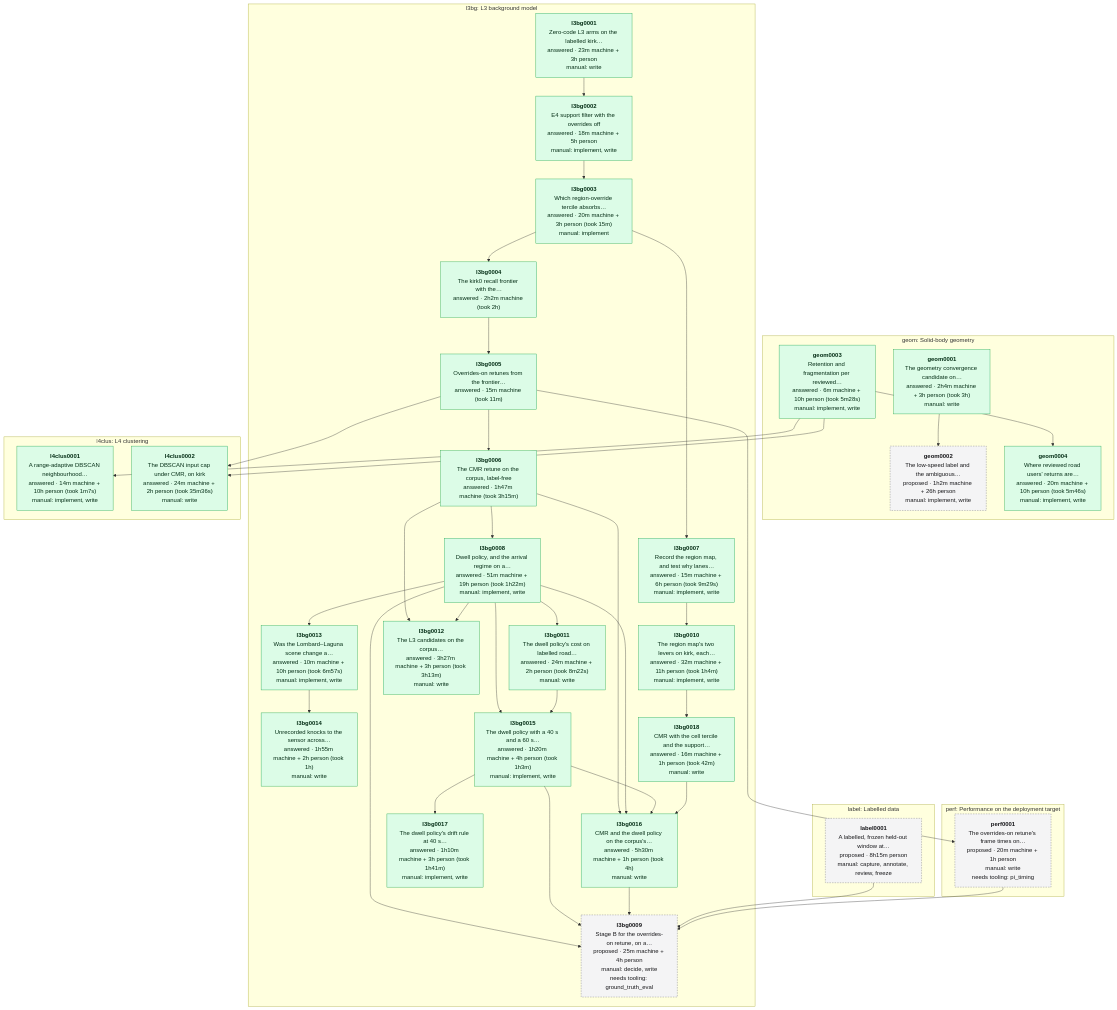
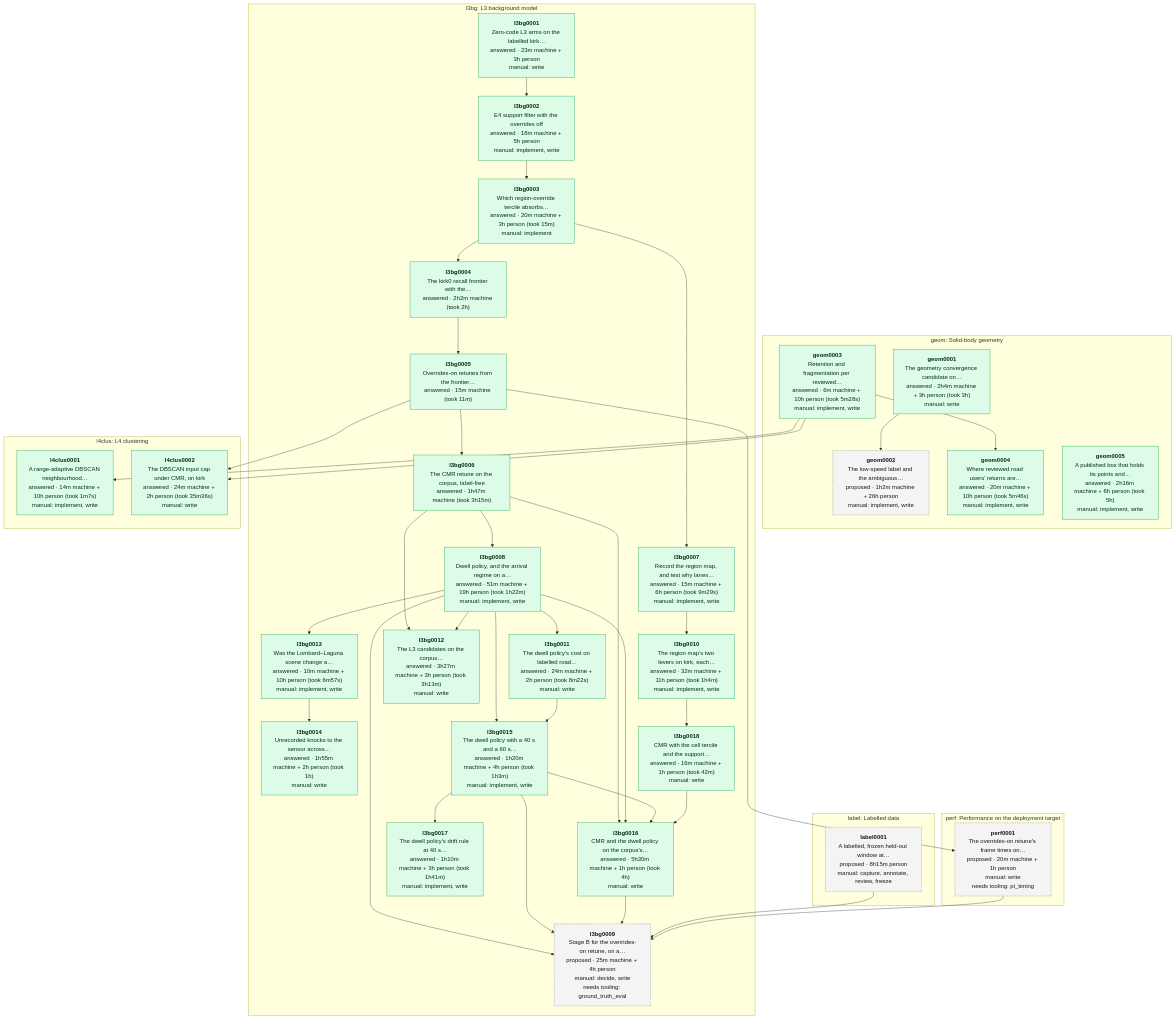
Before and after one commit to banshee-data/velocity.report: the diagram in data/experiments/DEPENDENCIES.md, drawn with Mermaid. The commit also changed other lines of this file and 41 other files, not shown here.

First line of the commit message:
[ai][go][js][swift][lidar][docs] Published box that holds its returns and turns like a vehicle (box_model, geom0005) (#764)

````diff
--- a/data/experiments/DEPENDENCIES.md
+++ b/data/experiments/DEPENDENCIES.md
@@ -7,75 +7,76 @@
 ```mermaid
 flowchart TB
   classDef proposed fill:#f4f4f5,stroke:#71717a,stroke-dasharray:4 3,color:#18181b
   classDef approved fill:#dbeafe,stroke:#2563eb,color:#172554
   classDef answered fill:#dcfce7,stroke:#16a34a,color:#052e16
   classDef retired fill:#fafafa,stroke:#d4d4d8,color:#71717a
   subgraph area_geom ["geom: Solid-body geometry"]
     geom0001["<b>geom0001</b><br/>The geometry convergence candidate on…<br/>answered · 2h4m machine + 3h person (took 3h)<br/>manual: write"]:::answered
     geom0002["<b>geom0002</b><br/>The low-speed label and the ambiguous…<br/>proposed · 1h2m machine + 26h person<br/>manual: implement, write"]:::proposed
     geom0003["<b>geom0003</b><br/>Retention and fragmentation per reviewed…<br/>answered · 6m machine + 10h person (took 5m28s)<br/>manual: implement, write"]:::answered
     geom0004["<b>geom0004</b><br/>Where reviewed road users' returns are…<br/>answered · 20m machine + 10h person (took 5m46s)<br/>manual: implement, write"]:::answered
+    geom0005["<b>geom0005</b><br/>A published box that holds its points and…<br/>answered · 2h16m machine + 6h person (took 5h)<br/>manual: implement, write"]:::answered
   end
   subgraph area_l3bg ["l3bg: L3 background model"]
     l3bg0001["<b>l3bg0001</b><br/>Zero-code L3 arms on the labelled kirk…<br/>answered · 23m machine + 3h person<br/>manual: write"]:::answered
     l3bg0002["<b>l3bg0002</b><br/>E4 support filter with the overrides off<br/>answered · 18m machine + 5h person<br/>manual: implement, write"]:::answered
     l3bg0003["<b>l3bg0003</b><br/>Which region-override tercile absorbs…<br/>answered · 20m machine + 3h person (took 15m)<br/>manual: implement"]:::answered
     l3bg0004["<b>l3bg0004</b><br/>The kirk0 recall frontier with the…<br/>answered · 2h2m machine (took 2h)"]:::answered
     l3bg0005["<b>l3bg0005</b><br/>Overrides-on retunes from the frontier…<br/>answered · 15m machine (took 11m)"]:::answered
     l3bg0006["<b>l3bg0006</b><br/>The CMR retune on the corpus, label-free<br/>answered · 1h47m machine (took 3h15m)"]:::answered
     l3bg0007["<b>l3bg0007</b><br/>Record the region map, and test why lanes…<br/>answered · 15m machine + 6h person (took 9m29s)<br/>manual: implement, write"]:::answered
     l3bg0008["<b>l3bg0008</b><br/>Dwell policy, and the arrival regime on a…<br/>answered · 51m machine + 19h person (took 1h22m)<br/>manual: implement, write"]:::answered
     l3bg0009["<b>l3bg0009</b><br/>Stage B for the overrides-on retune, on a…<br/>proposed · 25m machine + 4h person<br/>manual: decide, write<br/>needs tooling: ground_truth_eval"]:::proposed
     l3bg0010["<b>l3bg0010</b><br/>The region map's two levers on kirk, each…<br/>answered · 32m machine + 11h person (took 1h4m)<br/>manual: implement, write"]:::answered
     l3bg0011["<b>l3bg0011</b><br/>The dwell policy's cost on labelled road…<br/>answered · 24m machine + 2h person (took 8m22s)<br/>manual: write"]:::answered
     l3bg0012["<b>l3bg0012</b><br/>The L3 candidates on the corpus…<br/>answered · 3h27m machine + 3h person (took 3h13m)<br/>manual: write"]:::answered
     l3bg0013["<b>l3bg0013</b><br/>Was the Lombard–Laguna scene change a…<br/>answered · 10m machine + 10h person (took 6m57s)<br/>manual: implement, write"]:::answered
     l3bg0014["<b>l3bg0014</b><br/>Unrecorded knocks to the sensor across…<br/>answered · 1h55m machine + 2h person (took 1h)<br/>manual: write"]:::answered
     l3bg0015["<b>l3bg0015</b><br/>The dwell policy with a 40 s and a 60 s…<br/>answered · 1h20m machine + 4h person (took 1h3m)<br/>manual: implement, write"]:::answered
     l3bg0016["<b>l3bg0016</b><br/>CMR and the dwell policy on the corpus's…<br/>answered · 5h30m machine + 1h person (took 4h)<br/>manual: write"]:::answered
     l3bg0017["<b>l3bg0017</b><br/>The dwell policy's drift rule at 40 s…<br/>answered · 1h10m machine + 3h person (took 1h41m)<br/>manual: implement, write"]:::answered
     l3bg0018["<b>l3bg0018</b><br/>CMR with the cell tercile and the support…<br/>answered · 16m machine + 1h person (took 42m)<br/>manual: write"]:::answered
   end
   subgraph area_l4clus ["l4clus: L4 clustering"]
     l4clus0001["<b>l4clus0001</b><br/>A range-adaptive DBSCAN neighbourhood…<br/>answered · 14m machine + 10h person (took 1m7s)<br/>manual: implement, write"]:::answered
     l4clus0002["<b>l4clus0002</b><br/>The DBSCAN input cap under CMR, on kirk<br/>answered · 24m machine + 2h person (took 35m36s)<br/>manual: write"]:::answered
   end
   subgraph area_label ["label: Labelled data"]
     label0001["<b>label0001</b><br/>A labelled, frozen held-out window at…<br/>proposed · 8h15m person<br/>manual: capture, annotate, review, freeze"]:::proposed
   end
   subgraph area_perf ["perf: Performance on the deployment target"]
     perf0001["<b>perf0001</b><br/>The overrides-on retune's frame times on…<br/>proposed · 20m machine + 1h person<br/>manual: write<br/>needs tooling: pi_timing"]:::proposed
   end
   geom0001 --> geom0002
   geom0003 --> geom0004
   l3bg0001 --> l3bg0002
   l3bg0002 --> l3bg0003
   l3bg0003 --> l3bg0004
   l3bg0004 --> l3bg0005
   l3bg0005 --> l3bg0006
   l3bg0003 --> l3bg0007
   l3bg0006 --> l3bg0008
   l3bg0008 --> l3bg0009
   l3bg0015 --> l3bg0009
   l3bg0016 --> l3bg0009
   label0001 --> l3bg0009
   perf0001 --> l3bg0009
   l3bg0007 --> l3bg0010
   l3bg0008 --> l3bg0011
   l3bg0006 --> l3bg0012
   l3bg0008 --> l3bg0012
   l3bg0008 --> l3bg0013
   l3bg0013 --> l3bg0014
   l3bg0008 --> l3bg0015
   l3bg0011 --> l3bg0015
   l3bg0006 --> l3bg0016
   l3bg0008 --> l3bg0016
   l3bg0015 --> l3bg0016
   l3bg0018 --> l3bg0016
   l3bg0015 --> l3bg0017
   l3bg0010 --> l3bg0018
   geom0003 --> l4clus0001
   geom0003 --> l4clus0002
   l3bg0005 --> l4clus0002
   l3bg0005 --> perf0001
 ```
````
